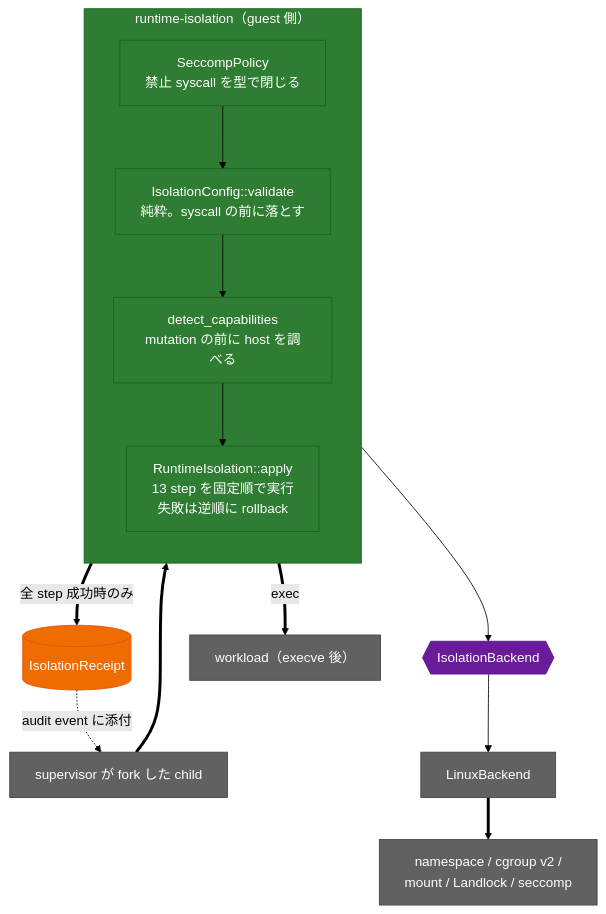
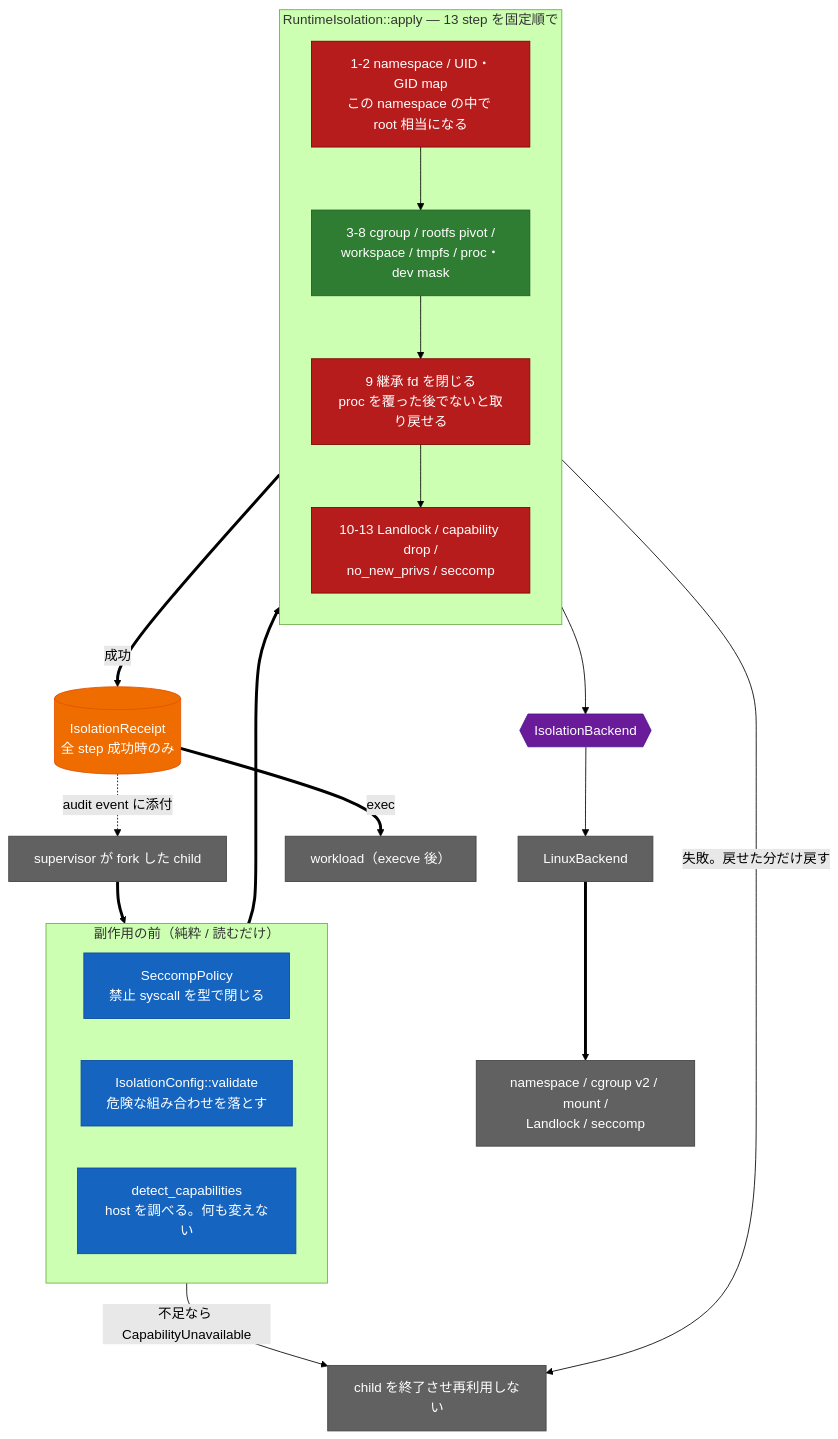
One commit to Aqua-218/SecCamp-AIAgent changed the diagram in docs/runtime-isolation/README.md. Above: the diagram before and after it, drawn with Mermaid (forest theme). The commit also changed other lines of this file, not shown here.

Commit message:
docs(runtime-isolation): redraw apply around what can be undone
The crate diagram was a chain that said nothing about the property the crate is
built on. Groups the thirteen steps into the four phases they fall into and
colours them by reversibility: only cgroup and the mounts can be rolled back,
and everything else moves one way in the kernel.

That makes the two failure paths readable — a shortfall found before any side
effect versus a failure after the first irreversible step, which ends the child
— and puts the three order-critical pairs in the prose beside it.

````diff
--- a/docs/runtime-isolation/README.md
+++ b/docs/runtime-isolation/README.md
@@ -15,37 +17,50 @@
 ```mermaid
 flowchart TB
     sup["supervisor が fork した child"]
 
-    subgraph ri["runtime-isolation（guest 側）"]
+    subgraph pre["副作用の前（純粋 / 読むだけ）"]
+        direction LR
+        sc["SeccompPolicy<br/>禁止 syscall を型で閉じる"]
+        cfg["IsolationConfig::validate<br/>危険な組み合わせを落とす"]
+        det["detect_capabilities<br/>host を調べる。何も変えない"]
+    end
+
+    subgraph apply["RuntimeIsolation::apply — 13 step を固定順で"]
         direction TB
-        cfg["IsolationConfig::validate<br/>純粋。syscall の前に落とす"]
-        detect["detect_capabilities<br/>mutation の前に host を調べる"]
-        apply["RuntimeIsolation::apply<br/>13 step を固定順で実行<br/>失敗は逆順に rollback"]
-        sc["SeccompPolicy<br/>禁止 syscall を型で閉じる"]
+        p1["1-2 namespace / UID・GID map<br/>この namespace の中で root 相当になる"]
+        p2["3-8 cgroup / rootfs pivot /<br/>workspace / tmpfs / proc・dev mask"]
+        p3["9 継承 fd を閉じる<br/>proc を覆った後でないと取り戻せる"]
+        p4["10-13 Landlock / capability drop /<br/>no_new_privs / seccomp"]
+        p1 --> p2 --> p3 --> p4
     end
 
     backend{{"IsolationBackend"}}
     linux["LinuxBackend"]
-    kernelfac["namespace / cgroup v2 /<br/>mount / Landlock / seccomp"]
-    receipt[("IsolationReceipt")]
+    kern["namespace / cgroup v2 / mount /<br/>Landlock / seccomp"]
+
+    receipt[("IsolationReceipt<br/>全 step 成功時のみ")]
     wl["workload（execve 後）"]
+    dead["child を終了させ再利用しない"]
 
-    sup ==> cfg
-    cfg --> detect
-    sc --> cfg
-    detect --> apply
-    apply --> backend
-    backend --> linux
-    linux ==> kernelfac
-    apply ==>|"全 step 成功時のみ"| receipt
+    sup ==> pre
+    pre -->|"不足なら CapabilityUnavailable"| dead
+    pre ==> apply
+    apply --> backend --> linux ==> kern
+    apply ==>|"成功"| receipt
+    receipt ==>|"exec"| wl
     receipt -.->|"audit event に添付"| sup
-    apply ==>|"exec"| wl
-    classDef guest fill:#2e7d32,color:#fff,stroke:#1b5e20;
+    apply -->|"失敗。戻せた分だけ戻す"| dead
+
+    classDef pure fill:#1565c0,color:#fff,stroke:#0d47a1;
+    classDef reversible fill:#2e7d32,color:#fff,stroke:#1b5e20;
+    classDef oneway fill:#b71c1c,color:#fff,stroke:#7f0000;
     classDef seam fill:#6a1b9a,color:#fff,stroke:#4a148c;
     classDef data fill:#ef6c00,color:#fff,stroke:#e65100;
     classDef external fill:#616161,color:#fff,stroke:#424242;
-    class ri,cfg,detect,apply,sc guest;
+    class sc,cfg,det pure;
+    class p2 reversible;
+    class p1,p3,p4 oneway;
     class backend seam;
-    class sup,linux,kernelfac,wl external;
+    class sup,linux,kern,wl,dead external;
     class receipt data;
 ```
````
